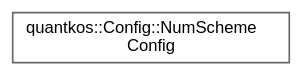
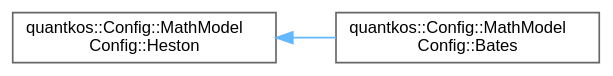
Before and after one commit to zeno-geddo/QuantKos: the diagram in dev-zen/inherit_graph_4.dot, drawn with Graphviz. The commit also changed 264 other files, not shown here.

```diff
--- a/dev-zen/inherit_graph_4.dot
+++ b/dev-zen/inherit_graph_4.dot
@@ -1,9 +1,11 @@
 digraph "Graphical Class Hierarchy"
 {
  // LATEX_PDF_SIZE
   bgcolor="transparent";
   edge [fontname=Helvetica,fontsize=10,labelfontname=Helvetica,labelfontsize=10];
   node [fontname=Helvetica,fontsize=10,shape=box,height=0.2,width=0.4];
   rankdir="LR";
-  Node0 [id="Node000000",label="quantkos::Config::NumScheme\lConfig",height=0.2,width=0.4,color="grey40", fillcolor="white", style="filled",URL="$structquantkos_1_1Config_1_1NumSchemeConfig.html",tooltip="Numerical Scheme configuration."];
+  Node0 [id="Node000000",label="quantkos::Config::MathModel\lConfig::Heston",height=0.2,width=0.4,color="grey40", fillcolor="white", style="filled",URL="$structquantkos_1_1Config_1_1MathModelConfig_1_1Heston.html",tooltip="Core Heston stochastic volatility parameters."];
+  Node0 -> Node1 [id="edge4_Node000000_Node000001",dir="back",color="steelblue1",style="solid",tooltip=" "];
+  Node1 [id="Node000001",label="quantkos::Config::MathModel\lConfig::Bates",height=0.2,width=0.4,color="grey40", fillcolor="white", style="filled",URL="$structquantkos_1_1Config_1_1MathModelConfig_1_1Bates.html",tooltip="Bates jump-diffusion extension."];
 }
```
